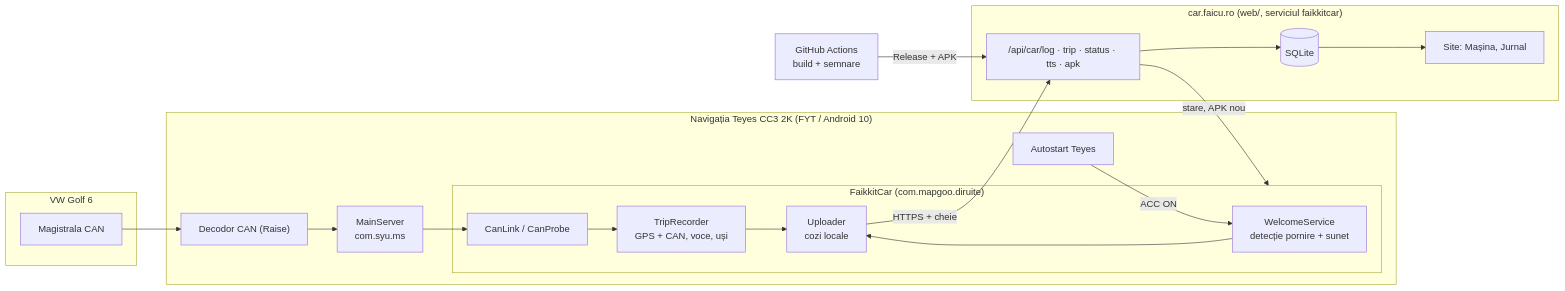
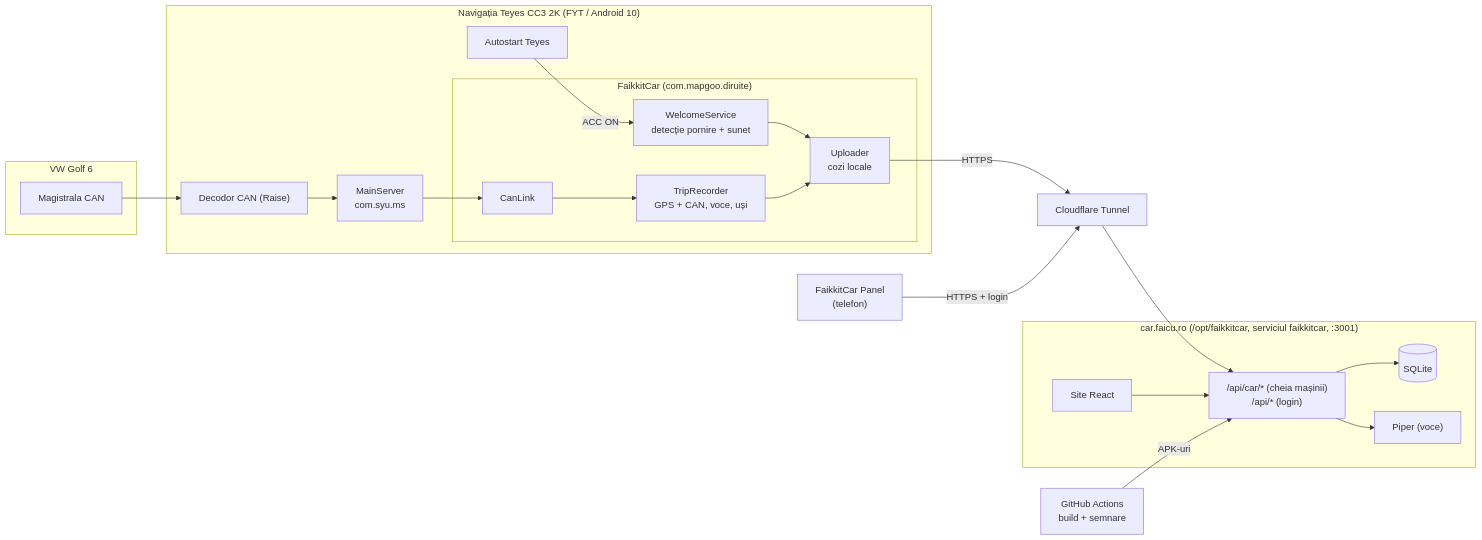
Before and after one commit to Faicu/FaikkitCar: the diagram in README.md, drawn with Mermaid. The commit also changed other lines of this file and 1 other file, not shown here.

Commit message:
README and CLAUDE.md: full status after the FaikkitCar split [skip ci]

````diff
--- a/README.md
+++ b/README.md
@@ -100,31 +132,36 @@
 ```mermaid
 flowchart LR
   subgraph Golf["VW Golf 6"]
     CAN["Magistrala CAN"]
   end
   subgraph Teyes["Navigația Teyes CC3 2K (FYT / Android 10)"]
     DEC["Decodor CAN (Raise)"]
     MS["MainServer<br/>com.syu.ms"]
     AS["Autostart Teyes"]
     subgraph App["FaikkitCar (com.mapgoo.diruite)"]
       WS["WelcomeService<br/>detecție pornire + sunet"]
       TR["TripRecorder<br/>GPS + CAN, voce, uși"]
-      CL["CanLink / CanProbe"]
+      CL["CanLink"]
       UP["Uploader<br/>cozi locale"]
     end
   end
-  subgraph Server["car.faicu.ro (web/, serviciul faikkitcar)"]
-    API["/api/car/log · trip · status · tts · apk"]
+  subgraph Server["car.faicu.ro (/opt/faikkitcar, serviciul faikkitcar, :3001)"]
+    API["/api/car/* (cheia mașinii)<br/>/api/* (login)"]
     DB[("SQLite")]
-    PG["Site: Mașina, Jurnal"]
+    TTS["Piper (voce)"]
+    SITE["Site React"]
   end
+  PHONE["FaikkitCar Panel<br/>(telefon)"]
   GH["GitHub Actions<br/>build + semnare"]
+  CF["Cloudflare Tunnel"]
 
   CAN --> DEC --> MS --> CL --> TR
   AS -->|ACC ON| WS
   WS --> UP
   TR --> UP
-  UP -->|HTTPS + cheie| API --> DB --> PG
-  GH -->|Release + APK| API
-  API -->|stare, APK nou| App
+  UP -->|HTTPS| CF --> API --> DB
+  API --> TTS
+  SITE --> API
+  PHONE -->|HTTPS + login| CF
+  GH -->|APK-uri| API
 ```
````
